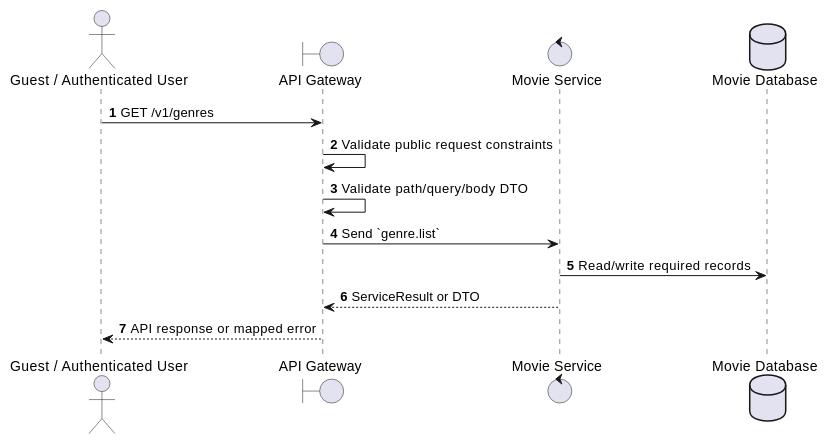
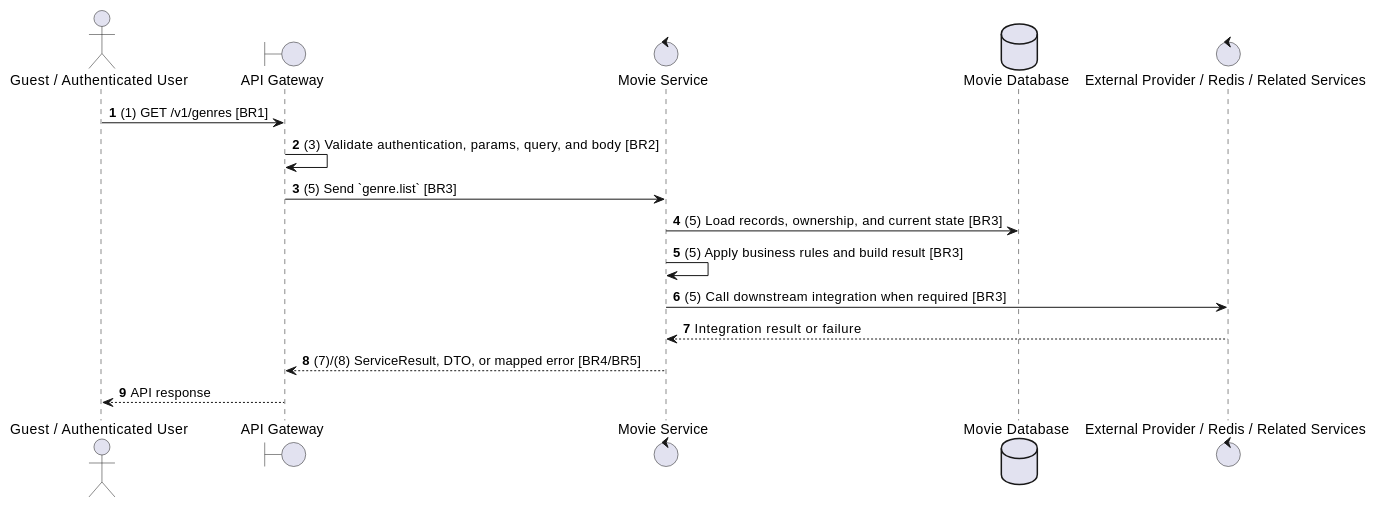
Before and after one commit to Tanh1603/movie-hub-architecture: the second of 2 diagrams in docs/functional_specs/3.3.3_Genre_Management/GM-01_List_All_Genres.md, drawn with PlantUML. The commit also changed other lines of this file and 129 other files, not shown here.

````diff
--- a/docs/functional_specs/3.3.3_Genre_Management/GM-01_List_All_Genres.md
+++ b/docs/functional_specs/3.3.3_Genre_Management/GM-01_List_All_Genres.md
@@ -17,17 +64,20 @@
 ```plantuml
 @startuml
 autonumber
 actor "Guest / Authenticated User" as Actor
 boundary "API Gateway" as GW
 control "Movie Service" as SVC
 database "Movie Database" as DB
+control "External Provider / Redis / Related Services" as EXT
 
-Actor -> GW: GET /v1/genres
-GW -> GW: Validate public request constraints
-GW -> GW: Validate path/query/body DTO
-GW -> SVC: Send `genre.list`
-SVC -> DB: Read/write required records
-SVC --> GW: ServiceResult or DTO
-GW --> Actor: API response or mapped error
+Actor -> GW: (1) GET /v1/genres [BR1]
+GW -> GW: (3) Validate authentication, params, query, and body [BR2]
+GW -> SVC: (5) Send `genre.list` [BR3]
+SVC -> DB: (5) Load records, ownership, and current state [BR3]
+SVC -> SVC: (5) Apply business rules and build result [BR3]
+SVC -> EXT: (5) Call downstream integration when required [BR3]
+EXT --> SVC: Integration result or failure
+SVC --> GW: (7)/(8) ServiceResult, DTO, or mapped error [BR4/BR5]
+GW --> Actor: API response
 @enduml
 ```
````
